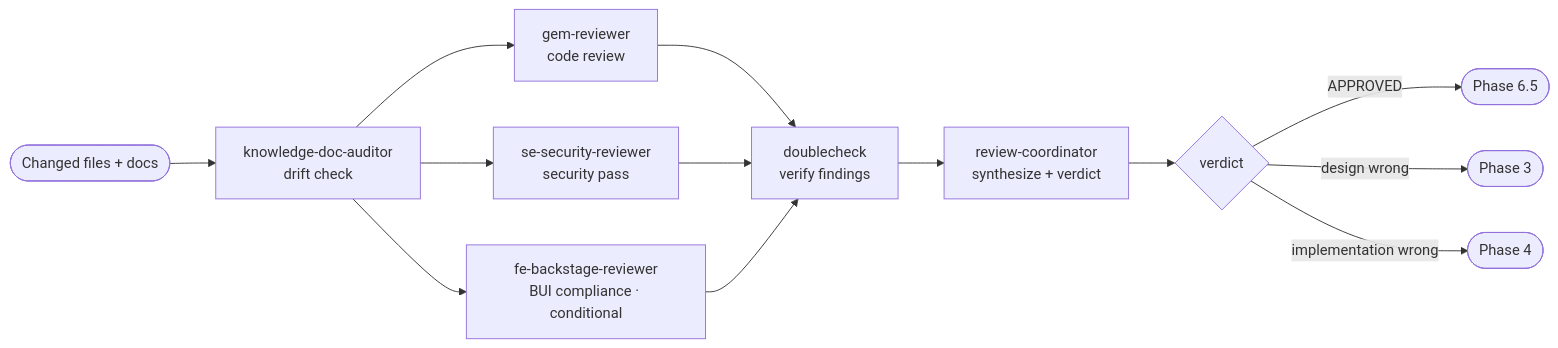
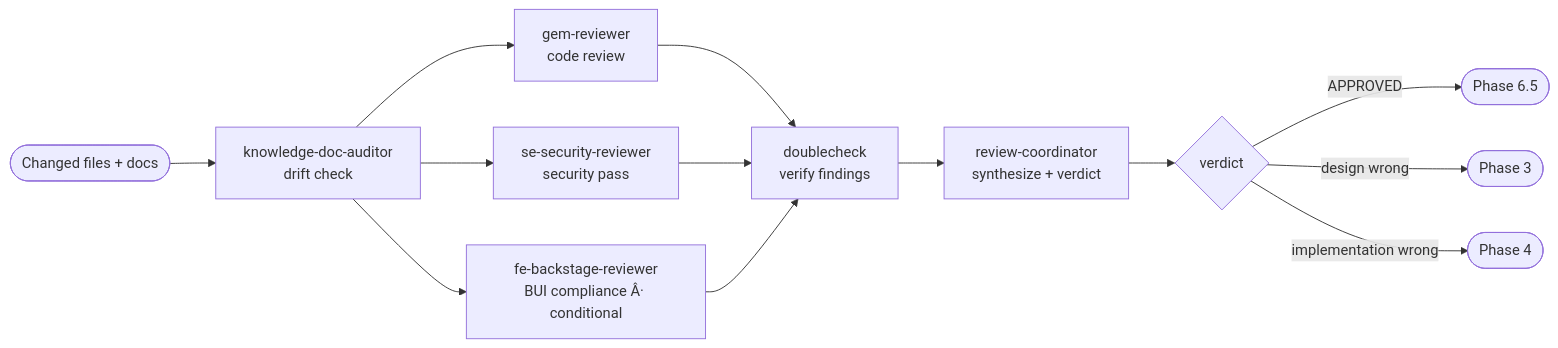
The diagram in ai-workspace/dev-lifecycle/phase-6-check-implementation.md (MrKimBao/dev-lifecycle-agents), drawn with Mermaid before and after one commit. The commit also changed other lines of this file and 19 other files, not shown here.

````diff
--- a/ai-workspace/dev-lifecycle/phase-6-check-implementation.md
+++ b/ai-workspace/dev-lifecycle/phase-6-check-implementation.md
@@ -33,15 +33,15 @@
 ```mermaid
 flowchart LR
     IN([Changed files + docs]) --> A1
     A1[knowledge-doc-auditor\ndrift check] --> A2 & A3 & A4
     A2[gem-reviewer\ncode review] --> A5
     A3[se-security-reviewer\nsecurity pass] --> A5
-    A4[fe-backstage-reviewer\nBUI compliance · conditional] --> A5
+    A4[fe-backstage-reviewer\nBUI compliance Â· conditional] --> A5
     A5[doublecheck\nverify findings] --> RC
     RC[review-coordinator\nsynthesize + verdict] --> OUT
 
     OUT{verdict}
     OUT -->|APPROVED| NEXT([Phase 6.5])
     OUT -->|design wrong| P3([Phase 3])
     OUT -->|implementation wrong| P4([Phase 4])
 ```
````
